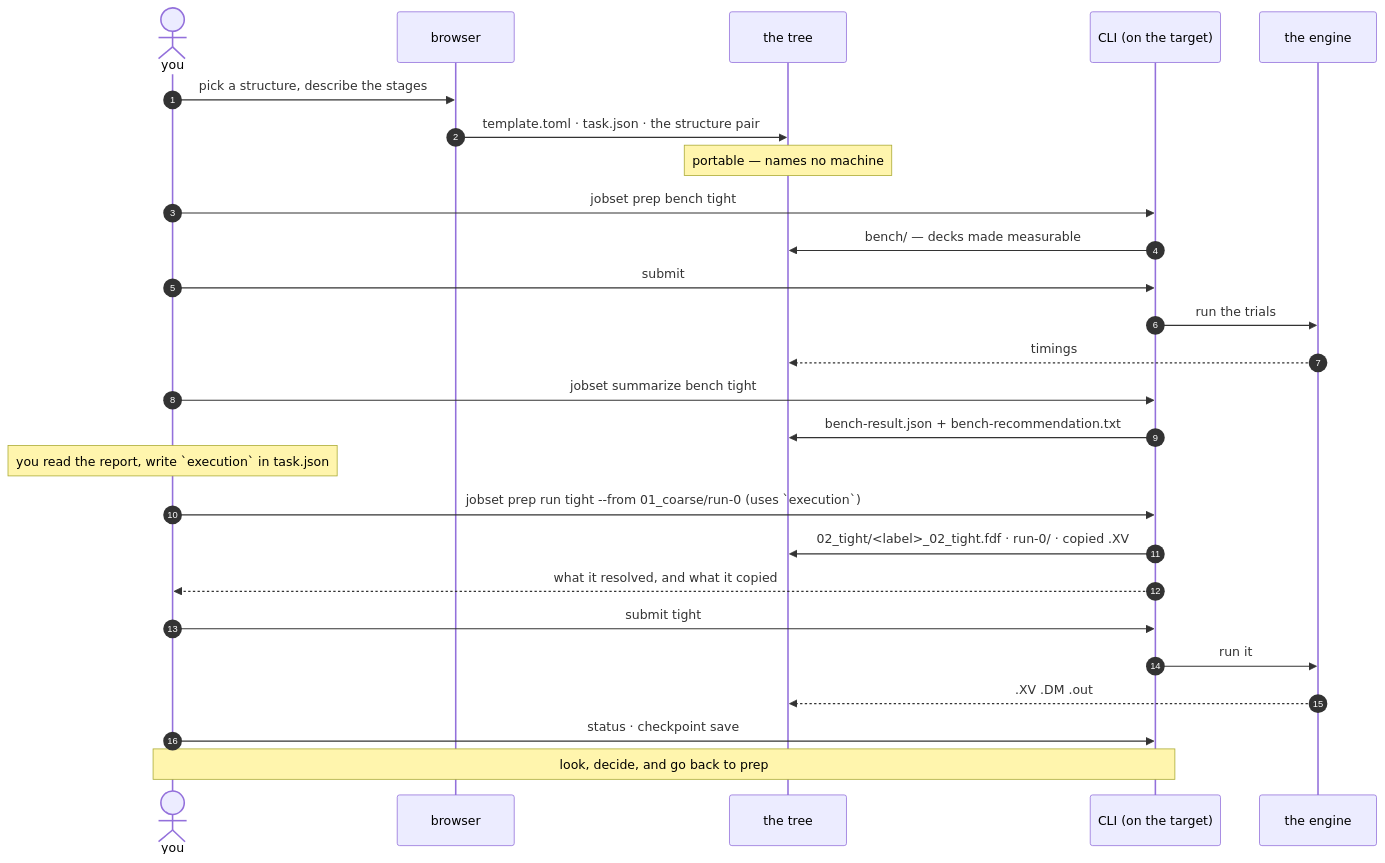
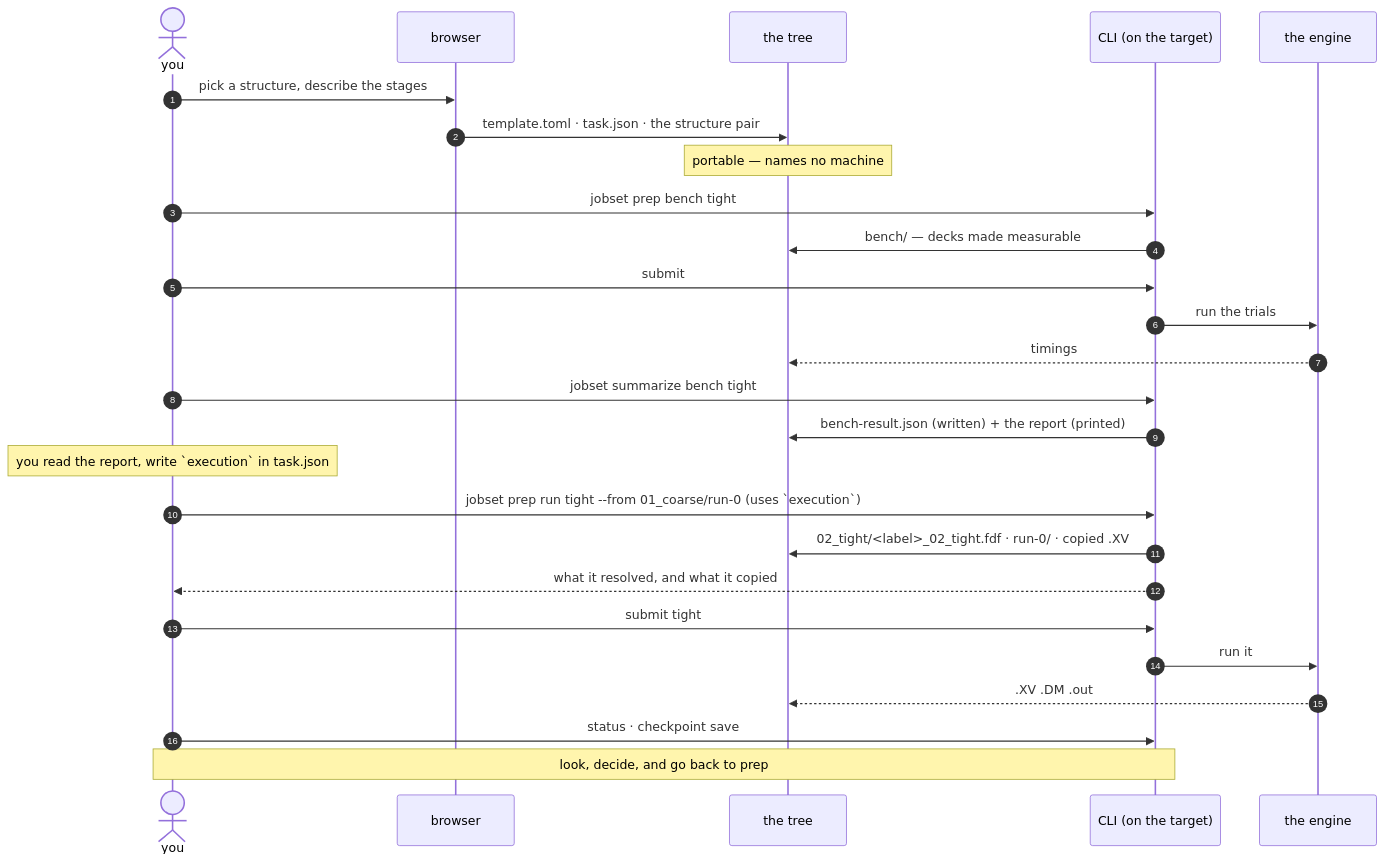
Before and after one commit to Qing-LAB/molbuilder: the ninth of 10 diagrams in docs/execution/project-layout.md, drawn with Mermaid. The commit also changed other lines of this file and 20 other files, not shown here.

````diff
--- a/docs/execution/project-layout.md
+++ b/docs/execution/project-layout.md
@@ -1469,33 +1469,33 @@
 ```mermaid
 sequenceDiagram
     autonumber
     actor U as you
     participant B as browser
     participant T as the tree
     participant C as CLI (on the target)
     participant E as the engine
 
     U->>B: pick a structure, describe the stages
     B->>T: template.toml · task.json · the structure pair
     Note over T: portable — names no machine
 
     U->>C: jobset prep bench tight
     C->>T: bench/ — decks made measurable
     U->>C: submit
     C->>E: run the trials
     E-->>T: timings
     U->>C: jobset summarize bench tight
-    C->>T: bench-result.json + bench-recommendation.txt
+    C->>T: bench-result.json (written) + the report (printed)
 
     Note over U: you read the report, write `execution` in task.json
 
     U->>C: jobset prep run tight --from 01_coarse/run-0 (uses `execution`)
     C->>T: 02_tight/<label>_02_tight.fdf · run-0/ · copied .XV
     C-->>U: what it resolved, and what it copied
     U->>C: submit tight
     C->>E: run it
     E-->>T: .XV .DM .out
 
     U->>C: status · checkpoint save
     Note over U,C: look, decide, and go back to prep
 ```
````
